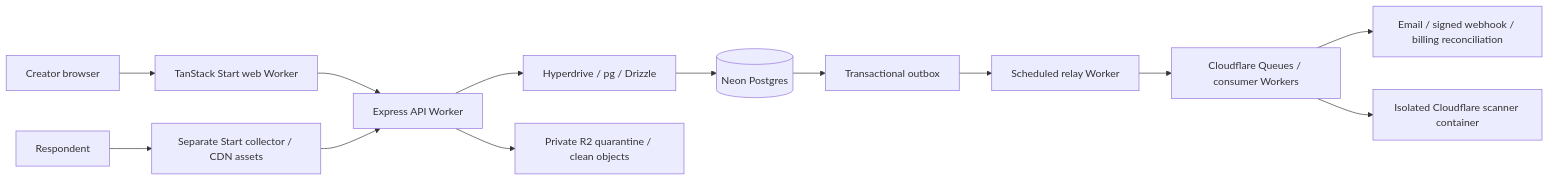
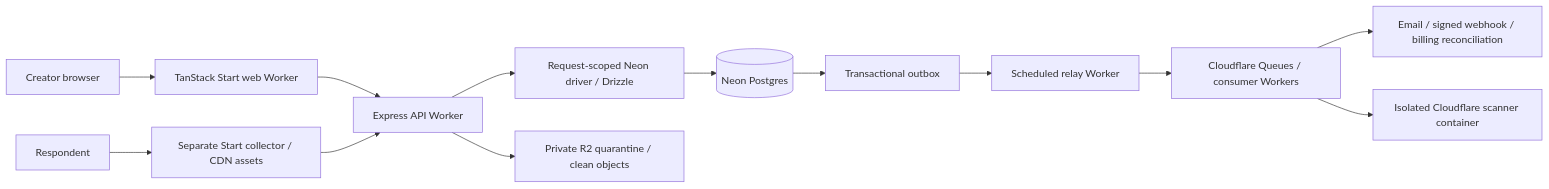
Before and after one commit to jackedengineer/snapform: the diagram in docs/03-technical-foundation.md, drawn with Mermaid. The commit also changed other lines of this file and 36 other files, not shown here.

````diff
--- a/docs/03-technical-foundation.md
+++ b/docs/03-technical-foundation.md
@@ -9,15 +9,15 @@
 ```mermaid
 flowchart LR
   B[Creator browser] --> W[TanStack Start web Worker]
   U[Respondent] --> C[Separate Start collector / CDN assets]
   W --> A[Express API Worker]
   C --> A
-  A --> H[Hyperdrive / pg / Drizzle]
+  A --> H[Request-scoped Neon driver / Drizzle]
   H --> P[(Neon Postgres)]
   A --> R[Private R2 quarantine / clean objects]
   P --> O[Transactional outbox]
   O --> S[Scheduled relay Worker]
   S --> Q[Cloudflare Queues / consumer Workers]
   Q --> E[Email / signed webhook / billing reconciliation]
   Q --> F[Isolated Cloudflare scanner container]
 ```
````
